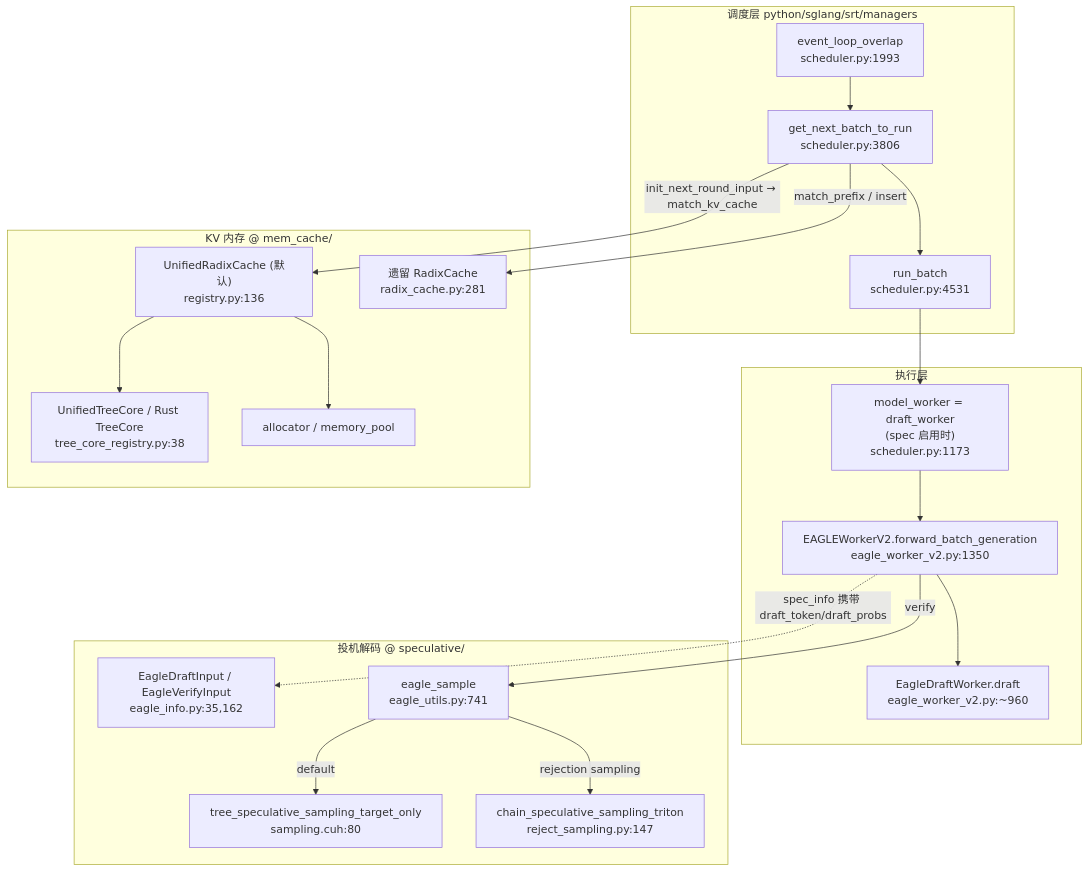
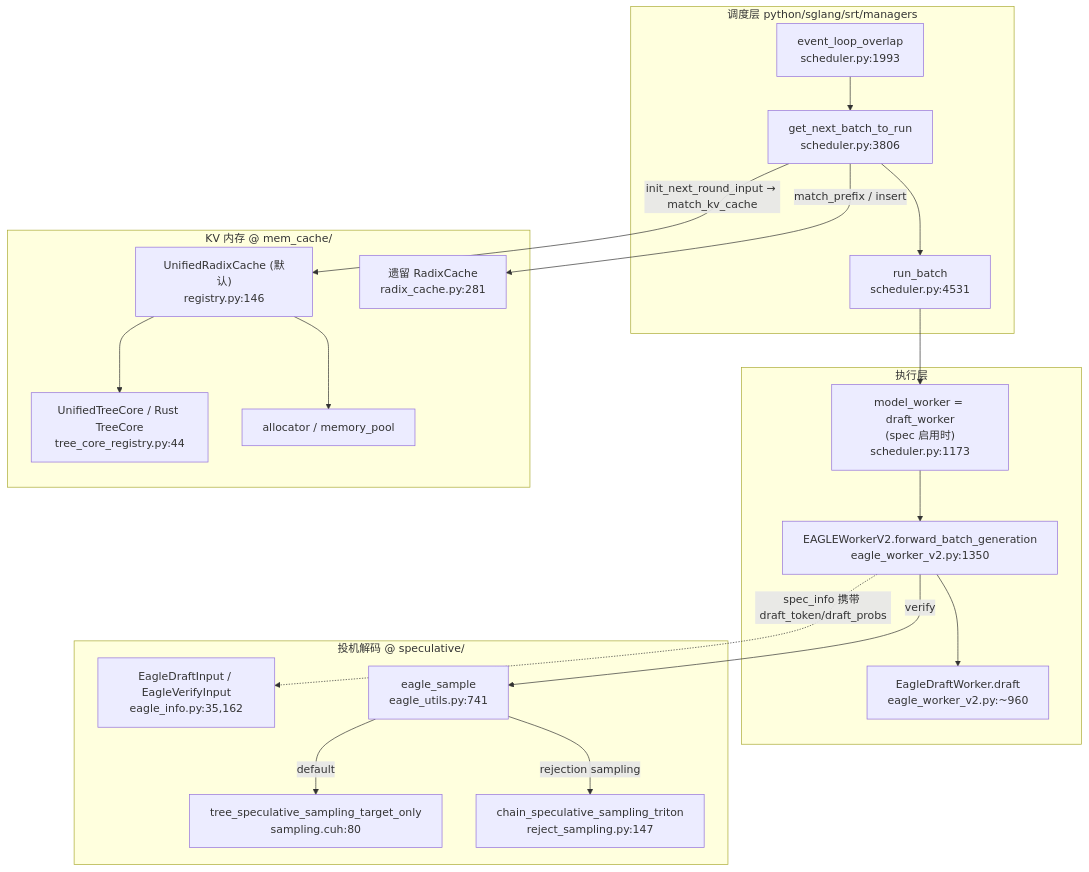
Before and after one commit to zhoucanzong/ResearchReport: the first of 2 diagrams in OpenSource/sglang/report.md, drawn with Mermaid. The commit also changed other lines of this file and 118 other files, not shown here.

````diff
--- a/OpenSource/sglang/report.md
+++ b/OpenSource/sglang/report.md
@@ -112,40 +114,40 @@
 ```mermaid
 flowchart TB
     subgraph Sched["调度层 python/sglang/srt/managers"]
         EL["event_loop_overlap<br/>scheduler.py:1993"]
         GNB["get_next_batch_to_run<br/>scheduler.py:3806"]
         RB["run_batch<br/>scheduler.py:4531"]
     end
 
     subgraph Worker["执行层"]
         MW["model_worker = draft_worker<br/>(spec 启用时)<br/>scheduler.py:1173"]
         EV["EAGLEWorkerV2.forward_batch_generation<br/>eagle_worker_v2.py:1350"]
         DW["EagleDraftWorker.draft<br/>eagle_worker_v2.py:~960"]
     end
 
     subgraph Spec["投机解码 @ speculative/"]
         SI["EagleDraftInput / EagleVerifyInput<br/>eagle_info.py:35,162"]
         ES["eagle_sample<br/>eagle_utils.py:741"]
         K1["tree_speculative_sampling_target_only<br/>sampling.cuh:80"]
         K2["chain_speculative_sampling_triton<br/>reject_sampling.py:147"]
     end
 
     subgraph Mem["KV 内存 @ mem_cache/"]
-        UC["UnifiedRadixCache (默认)<br/>registry.py:136"]
-        TC["UnifiedTreeCore / Rust TreeCore<br/>tree_core_registry.py:38"]
+        UC["UnifiedRadixCache (默认)<br/>registry.py:146"]
+        TC["UnifiedTreeCore / Rust TreeCore<br/>tree_core_registry.py:44"]
         RC["遗留 RadixCache<br/>radix_cache.py:281"]
         AL["allocator / memory_pool"]
     end
 
     EL --> GNB --> RB
     RB --> MW --> EV
     EV --> DW
     EV -->|verify| ES
     ES -->|default| K1
     ES -->|rejection sampling| K2
     EV -.->|"spec_info 携带 draft_token/draft_probs"| SI
     GNB -->|"init_next_round_input → match_kv_cache"| UC
     UC --> TC
     UC --> AL
     GNB -->|"match_prefix / insert"| RC
 ```
````
